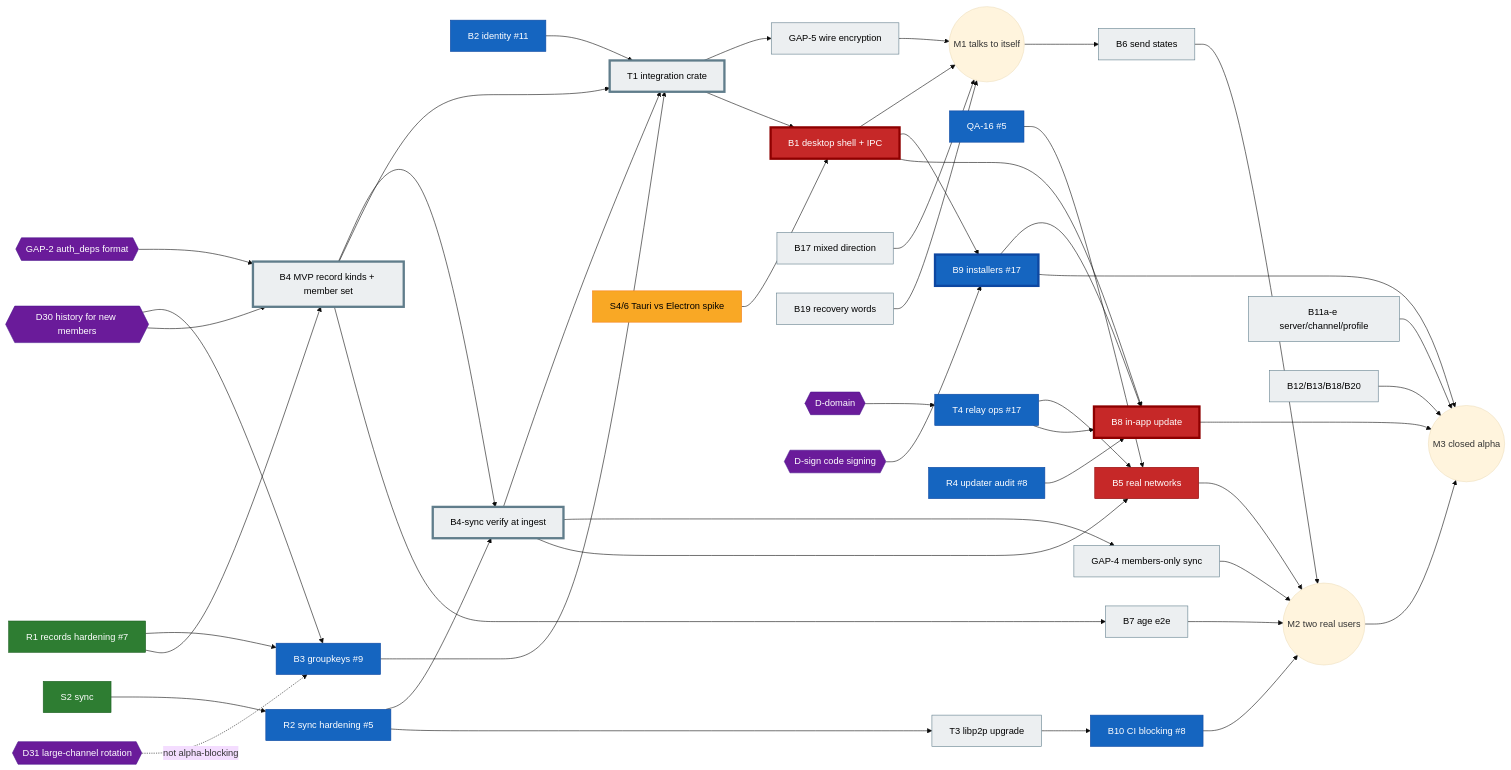
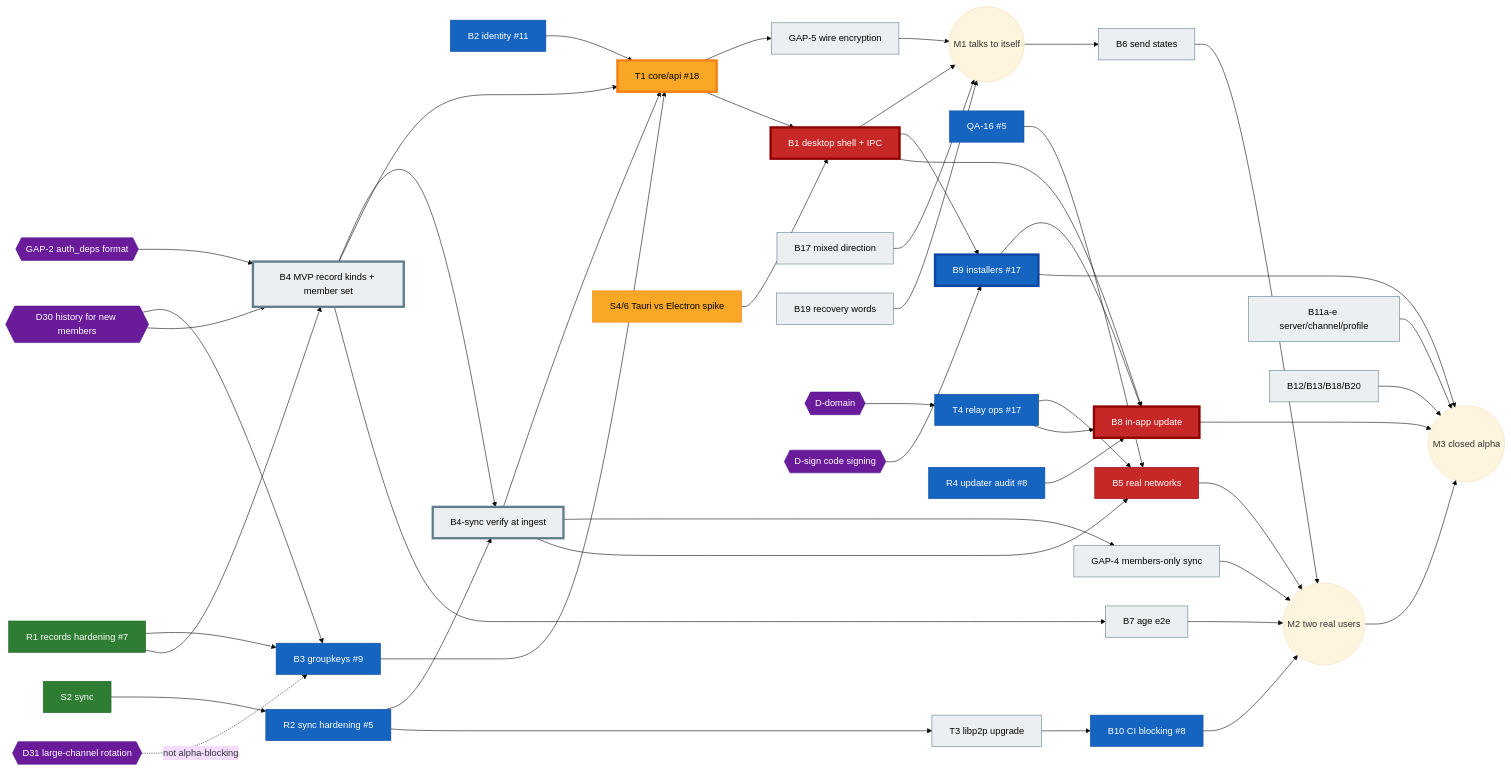
Before and after one commit to moranmoa/MVP: the diagram in docs/BOARD.md, drawn with Mermaid (base theme). The commit also changed other lines of this file, not shown here.

````diff
--- a/docs/BOARD.md
+++ b/docs/BOARD.md
@@ -159,60 +158,60 @@
 ```mermaid
 graph LR
   classDef done fill:#2e7d32,color:#fff,stroke:#1b5e20
   classDef review fill:#1565c0,color:#fff,stroke:#0d47a1
   classDef prog fill:#f9a825,color:#000,stroke:#f57f17
   classDef blocked fill:#c62828,color:#fff,stroke:#8e0000
   classDef todo fill:#eceff1,color:#000,stroke:#607d8b
   classDef decision fill:#6a1b9a,color:#fff,stroke:#4a148c
   classDef crit stroke-width:4px
 
   R1[R1 records hardening #7]:::done
   S2[S2 sync]:::done --> R2[R2 sync hardening #5]:::review
   B2[B2 identity #11]:::review
   R1 --> B3[B3 groupkeys #9]:::review
   D30{{D30 history for new members}}:::decision --> B3
   D30 --> B4
   D31{{D31 large-channel rotation}}:::decision -. not alpha-blocking .-> B3
   GAP2{{GAP-2 auth_deps format}}:::decision --> B4
   R1 --> B4[B4 MVP record kinds + member set]:::todo
   R2 --> B4S[B4-sync verify at ingest]:::todo
   B4 --> B4S
-  B2 --> T1[T1 integration crate]:::todo
+  B2 --> T1[T1 core/api #18]:::prog
   B3 --> T1
   B4 --> T1
   B4S --> T1
   T1 --> G5[GAP-5 wire encryption]:::todo
   S46[S4/6 Tauri vs Electron spike]:::prog --> B1[B1 desktop shell + IPC]:::blocked
   T1 --> B1
   G5 --> M1((M1 talks to itself))
   B1 --> M1
   B17[B17 mixed direction]:::todo --> M1
   B19[B19 recovery words]:::todo --> M1
 
   QA16[QA-16 #5]:::review --> B5
   DD{{D-domain}}:::decision --> T4[T4 relay ops #17]:::review
   T4 --> B5[B5 real networks]:::blocked
   B4S --> G4[GAP-4 members-only sync]:::todo --> M2
   B4S --> B5
   M1 --> B6[B6 send states]:::todo
   B4 --> B7[B7 age e2e]:::todo
   B5 --> M2((M2 two real users))
   B6 --> M2
   B7 --> M2
   R2 --> T3[T3 libp2p upgrade]:::todo --> B10[B10 CI blocking #8]:::review
   B10 --> M2
 
   B1 --> B9[B9 installers #17]:::review
   DS{{D-sign code signing}}:::decision --> B9
   R4[R4 updater audit #8]:::review --> B8[B8 in-app update]:::blocked
   B1 --> B8
   B9 --> B8
   T4 --> B8
   M2 --> M3((M3 closed alpha))
   B8 --> M3
   B9 --> M3
   B11[B11a-e server/channel/profile]:::todo --> M3
   B12[B12/B13/B18/B20]:::todo --> M3
 
   class B4,B4S,T1,B1,B9,B8 crit
 ```
````
